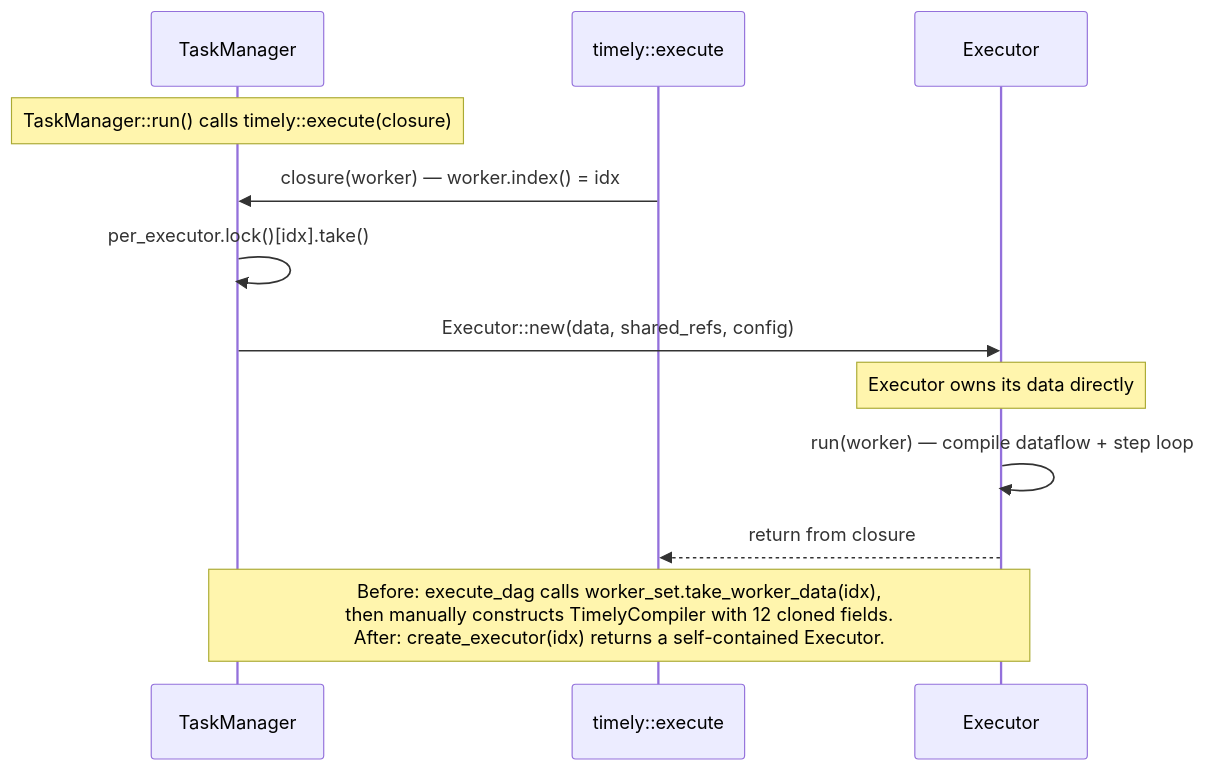
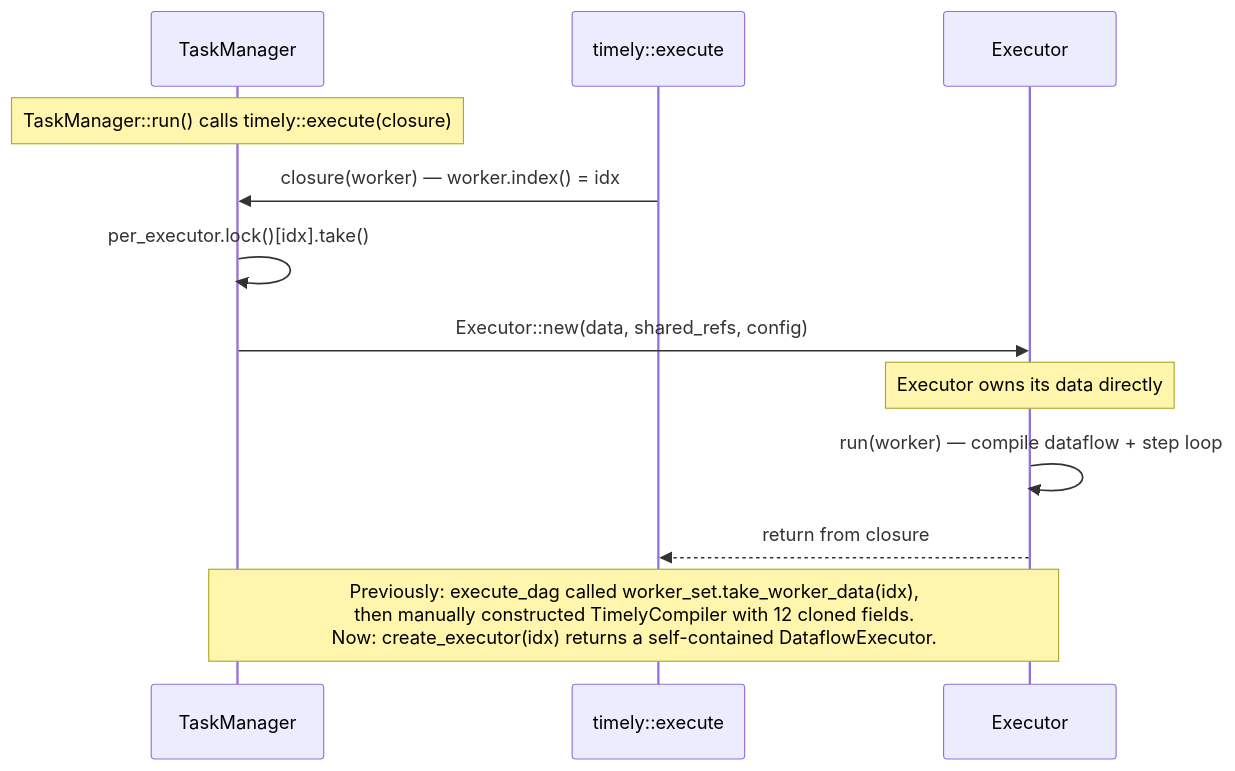
The third of 3 diagrams in ADR/process-internal-layering.md (RcRonco/rhei), drawn with Mermaid before and after one commit. The commit also changed other lines of this file and 3 other files, not shown here.

````diff
--- a/ADR/process-internal-layering.md
+++ b/ADR/process-internal-layering.md
@@ -174,16 +177,16 @@
 ```mermaid
 sequenceDiagram
     participant TM as TaskManager
     participant T as timely::execute
     participant E as Executor
 
     Note over TM: TaskManager::run() calls timely::execute(closure)
     T->>TM: closure(worker) — worker.index() = idx
     TM->>TM: per_executor.lock()[idx].take()
     TM->>E: Executor::new(data, shared_refs, config)
     Note over E: Executor owns its data directly
     E->>E: run(worker) — compile dataflow + step loop
     E-->>T: return from closure
 
-    Note over TM,E: Before: execute_dag calls worker_set.take_worker_data(idx),<br/>then manually constructs TimelyCompiler with 12 cloned fields.<br/>After: create_executor(idx) returns a self-contained Executor.
+    Note over TM,E: Previously: execute_dag called worker_set.take_worker_data(idx),<br/>then manually constructed TimelyCompiler with 12 cloned fields.<br/>Now: create_executor(idx) returns a self-contained DataflowExecutor.
 ```
````
